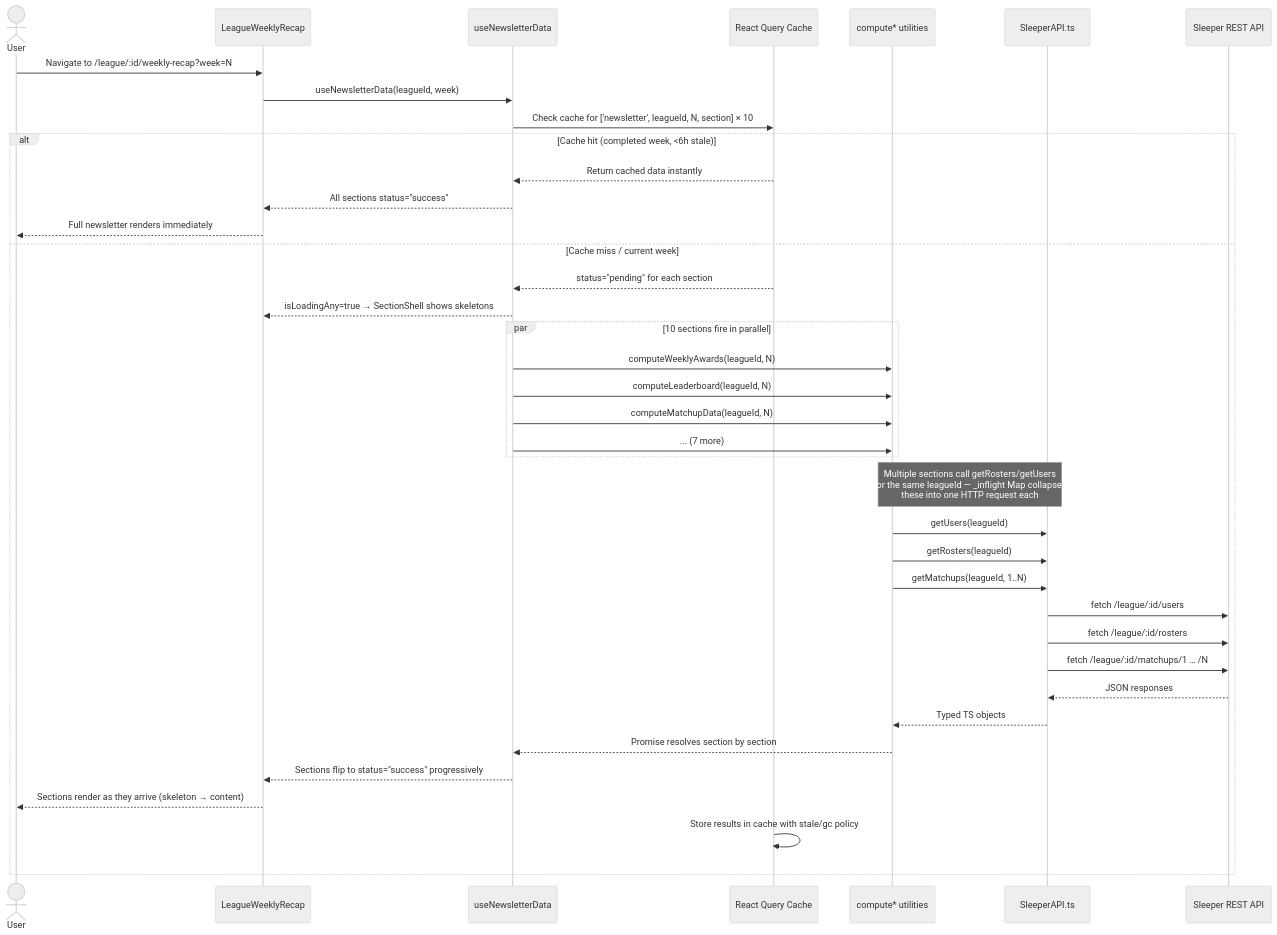
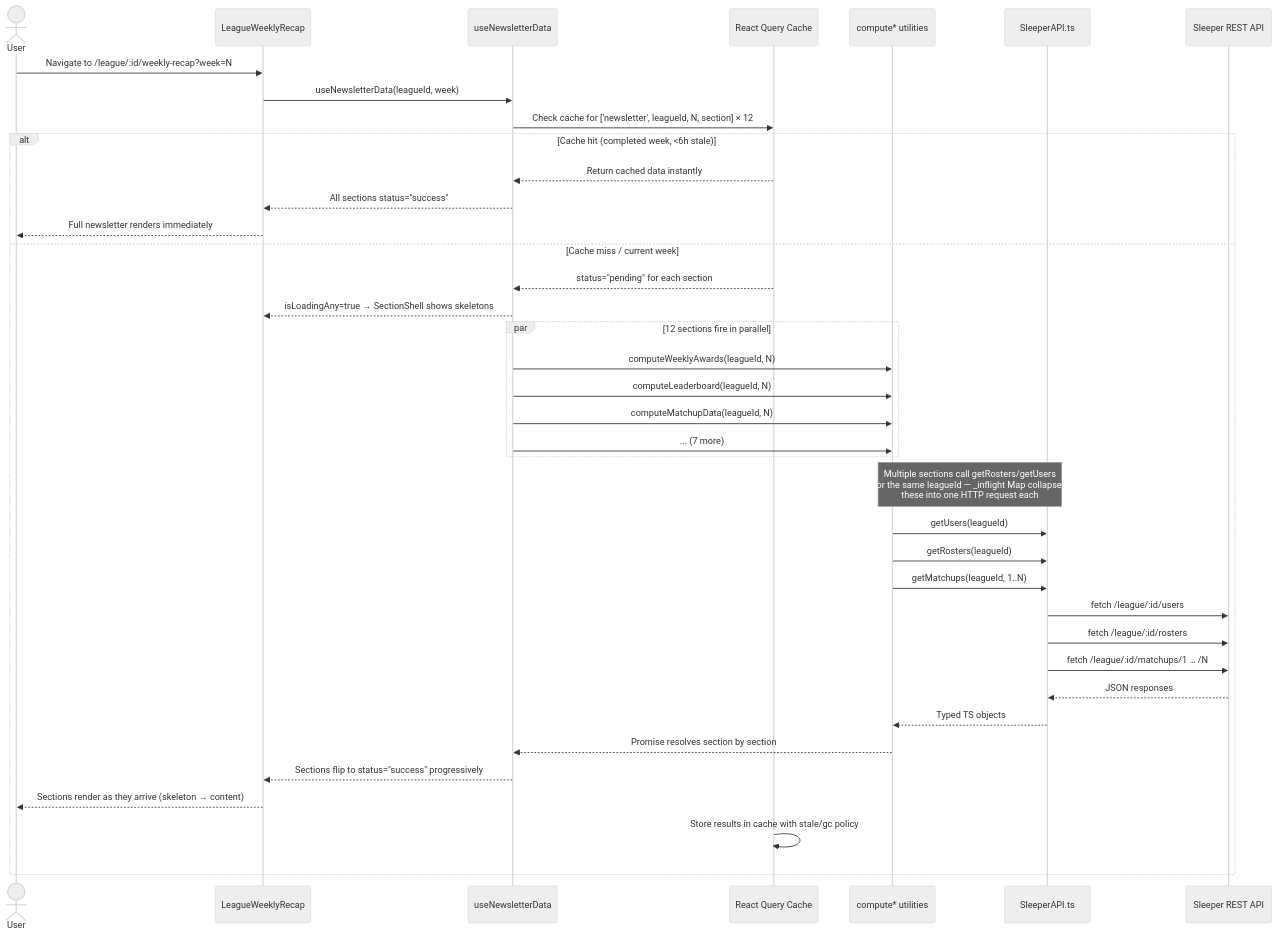
The diagram in docs/newsletter-data-flow.md (theoffensiveline/theoffensiveline-site), drawn with Mermaid (neutral theme) before and after one commit. The commit also changed other lines of this file and 8 other files, not shown here.

First line of the commit message:
Add cumulative trade volume chart to dynamic newsletters

````diff
--- a/docs/newsletter-data-flow.md
+++ b/docs/newsletter-data-flow.md
@@ -73,46 +75,46 @@
 ```mermaid
 sequenceDiagram
     actor User
     participant Page as LeagueWeeklyRecap
     participant Hook as useNewsletterData
     participant RQ as React Query Cache
     participant Compute as compute* utilities
     participant API as SleeperAPI.ts
     participant Sleeper as Sleeper REST API
 
     User->>Page: Navigate to /league/:id/weekly-recap?week=N
     Page->>Hook: useNewsletterData(leagueId, week)
-    Hook->>RQ: Check cache for ['newsletter', leagueId, N, section] × 10
+    Hook->>RQ: Check cache for ['newsletter', leagueId, N, section] × 12
 
     alt Cache hit (completed week, <6h stale)
         RQ-->>Hook: Return cached data instantly
         Hook-->>Page: All sections status="success"
         Page-->>User: Full newsletter renders immediately
     else Cache miss / current week
         RQ-->>Hook: status="pending" for each section
         Hook-->>Page: isLoadingAny=true → SectionShell shows skeletons
 
-        par 10 sections fire in parallel
+        par 12 sections fire in parallel
             Hook->>Compute: computeWeeklyAwards(leagueId, N)
             Hook->>Compute: computeLeaderboard(leagueId, N)
             Hook->>Compute: computeMatchupData(leagueId, N)
             Hook->>Compute: ... (7 more)
         end
 
         Note over Compute,API: Multiple sections call getRosters/getUsers<br/>for the same leagueId — _inflight Map collapses<br/>these into one HTTP request each
 
         Compute->>API: getUsers(leagueId)
         Compute->>API: getRosters(leagueId)
         Compute->>API: getMatchups(leagueId, 1..N)
         API->>Sleeper: fetch /league/:id/users
         API->>Sleeper: fetch /league/:id/rosters
         API->>Sleeper: fetch /league/:id/matchups/1 … /N
         Sleeper-->>API: JSON responses
         API-->>Compute: Typed TS objects
 
         Compute-->>Hook: Promise resolves section by section
         Hook-->>Page: Sections flip to status="success" progressively
         Page-->>User: Sections render as they arrive (skeleton → content)
         RQ->>RQ: Store results in cache with stale/gc policy
     end
 ```
````
